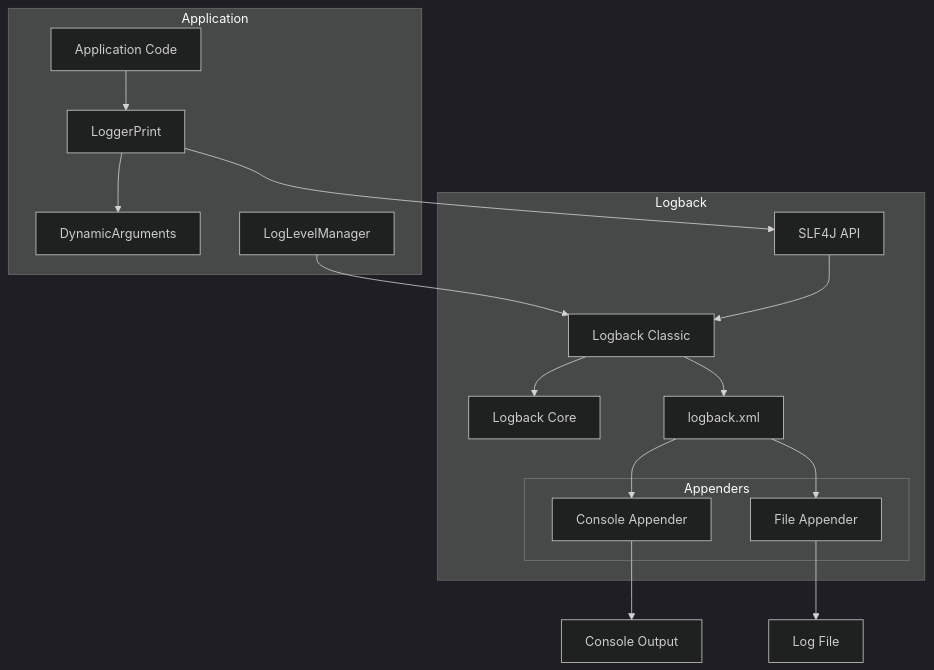
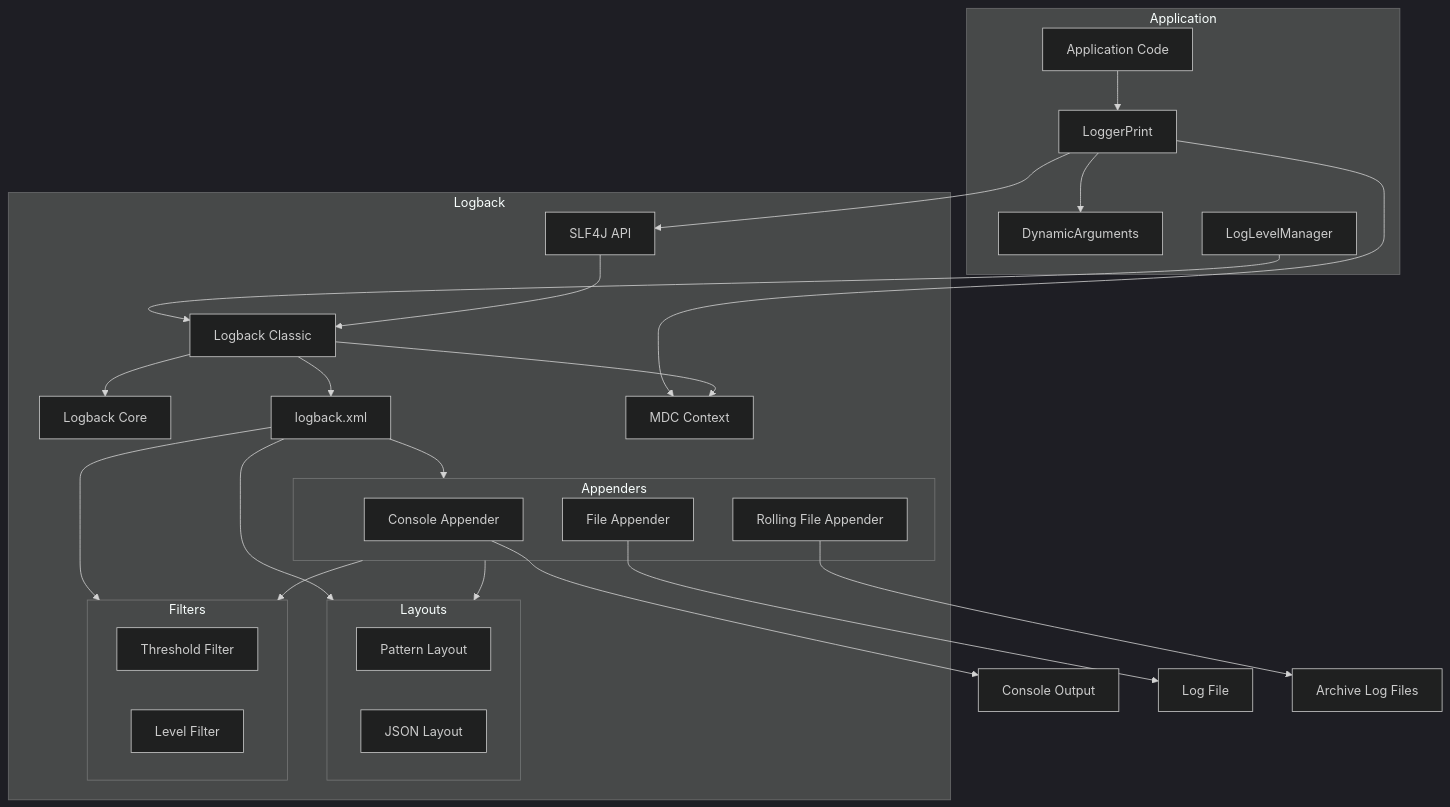
The second of 7 diagrams in documentation/migration/LoggerPrint_Logback_Architecture.md (cshubhra/ls-dl), drawn with Mermaid (dark theme) before and after one commit. The commit also changed other lines of this file, not shown here.

Commit message:
Update LoggerPrint Logback architecture diagrams with more detail

````diff
--- a/documentation/migration/LoggerPrint_Logback_Architecture.md
+++ b/documentation/migration/LoggerPrint_Logback_Architecture.md
@@ -59,36 +83,55 @@
 ```mermaid
 flowchart TB
     subgraph Application
         AppCode[Application Code]
         LoggerPrint[LoggerPrint]
         DynamicArgs[DynamicArguments]
         LogLevelMgr[LogLevelManager]
     end
     
     subgraph Logback
         SLF4J[SLF4J API]
         LogbackCore[Logback Core]
         LogbackClassic[Logback Classic]
         Config[logback.xml]
+        MDC[MDC Context]
         
         subgraph Appenders
             ConsoleAppender[Console Appender]
             FileAppender[File Appender]
+            RollingFileAppender[Rolling File Appender]
+        end
+        
+        subgraph Layouts
+            PatternLayout[Pattern Layout]
+            JsonLayout[JSON Layout]
+        end
+        
+        subgraph Filters
+            ThresholdFilter[Threshold Filter]
+            LevelFilter[Level Filter]
         end
     end
     
     AppCode --> LoggerPrint
     LoggerPrint --> DynamicArgs
     LoggerPrint --> SLF4J
+    LoggerPrint --> MDC
     LogLevelMgr --> LogbackClassic
     
     SLF4J --> LogbackClassic
     LogbackClassic --> LogbackCore
     LogbackClassic --> Config
+    LogbackClassic --> MDC
     
-    Config --> ConsoleAppender
-    Config --> FileAppender
+    Config --> Appenders
+    Config --> Layouts
+    Config --> Filters
+    
+    Appenders --> Layouts
+    Appenders --> Filters
     
     ConsoleAppender --> Console[Console Output]
     FileAppender --> LogFile[Log File]
+    RollingFileAppender --> ArchiveFiles[Archive Log Files]
 ```
````
